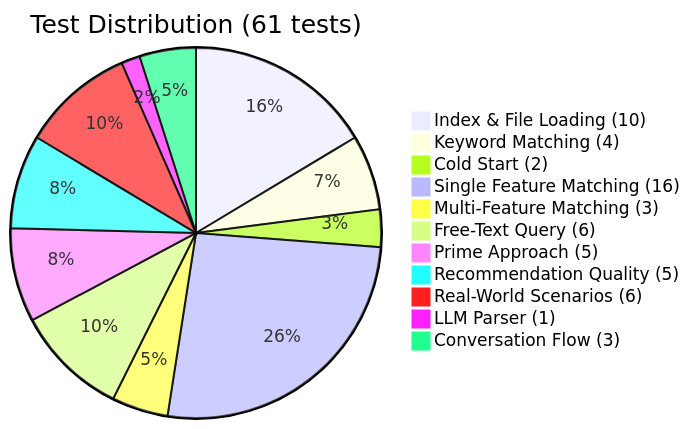
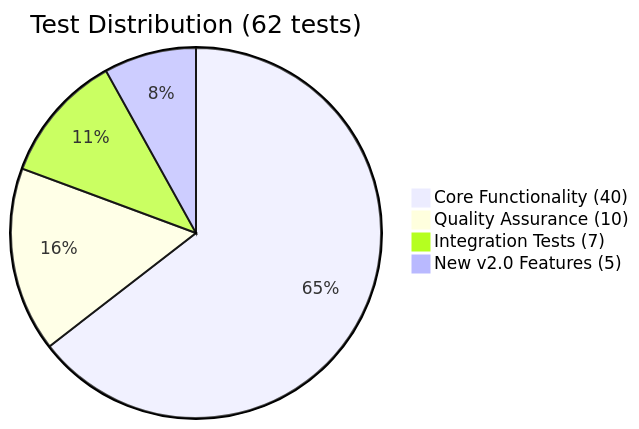
The fifth of 5 diagrams in REPORT_ACADEMIC.md (keith-leung/COMP713-recm-system), drawn with Mermaid before and after one commit. The commit also changed other lines of this file and 9 other files, not shown here.

````diff
--- a/REPORT_ACADEMIC.md
+++ b/REPORT_ACADEMIC.md
@@ -261,14 +312,7 @@
 ```mermaid
-pie title Test Distribution (61 tests)
-    "Index & File Loading (10)" : 10
-    "Keyword Matching (4)" : 4
-    "Cold Start (2)" : 2
-    "Single Feature Matching (16)" : 16
-    "Multi-Feature Matching (3)" : 3
-    "Free-Text Query (6)" : 6
-    "Prime Approach (5)" : 5
-    "Recommendation Quality (5)" : 5
-    "Real-World Scenarios (6)" : 6
-    "LLM Parser (1)" : 1
-    "Conversation Flow (3)" : 3
+pie title Test Distribution (62 tests)
+    "Core Functionality (40)" : 40
+    "Quality Assurance (10)" : 10
+    "Integration Tests (7)" : 7
+    "New v2.0 Features (5)" : 5
 ```
````
